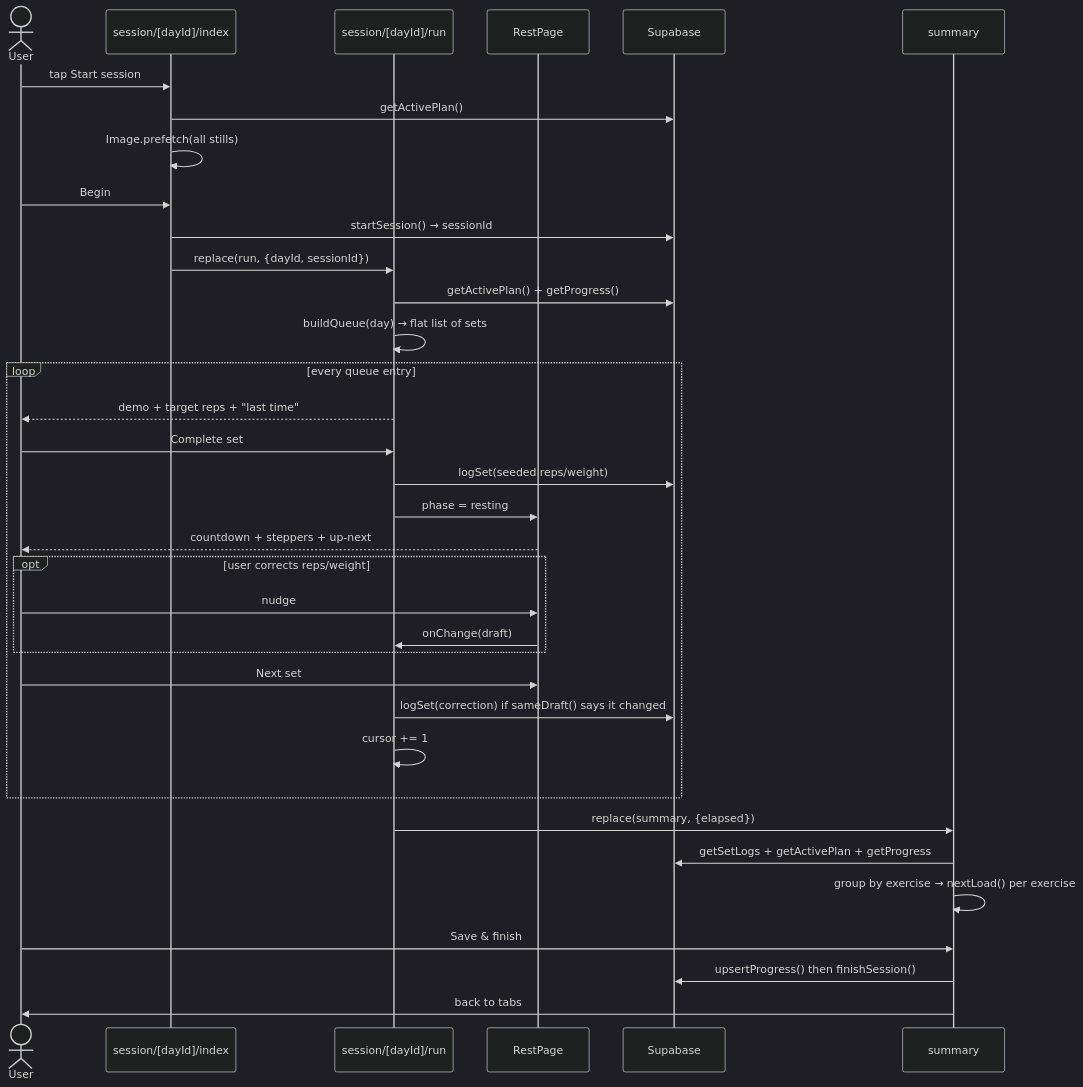
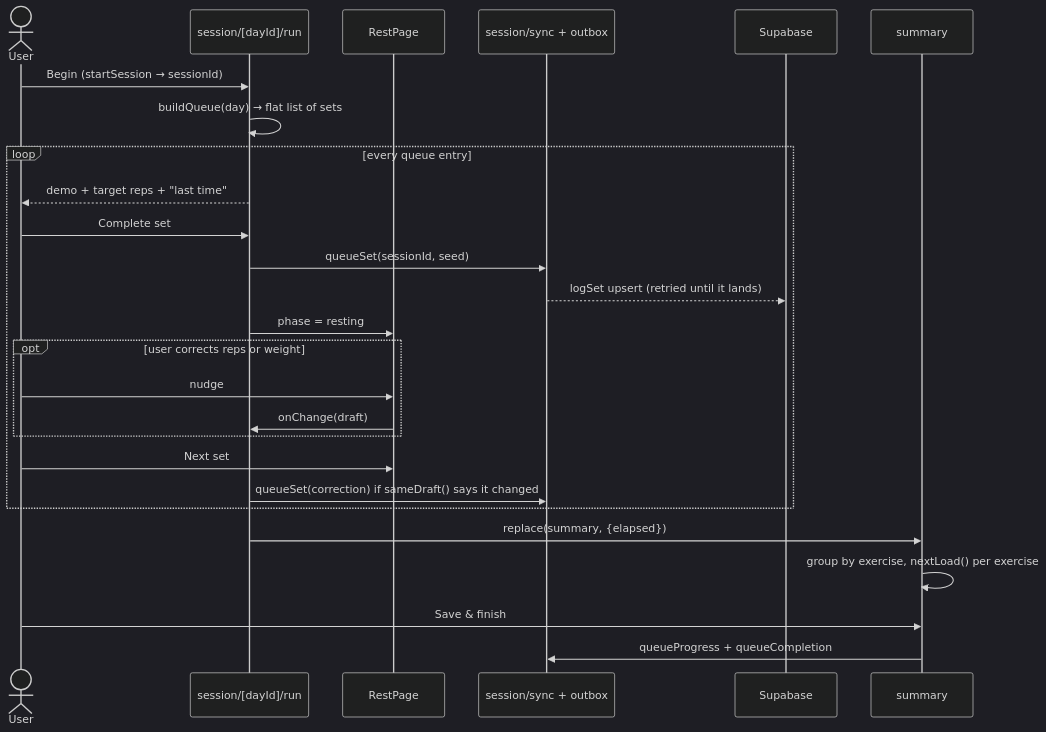
Before and after one commit to mateosauton/personal-trainer: the third of 7 diagrams in docs/ENGINEERING_HANDOFF.md, drawn with Mermaid (dark theme). The commit also changed other lines of this file and 1 other file, not shown here.

````diff
--- a/docs/ENGINEERING_HANDOFF.md
+++ b/docs/ENGINEERING_HANDOFF.md
@@ -380,41 +371,32 @@
 ```mermaid
 sequenceDiagram
     actor U as User
-    participant Ov as session/[dayId]/index
     participant Run as session/[dayId]/run
     participant Rest as RestPage
+    participant OB as session/sync + outbox
     participant DB as Supabase
     participant Sum as summary
 
-    U->>Ov: tap Start session
-    Ov->>DB: getActivePlan()
-    Ov->>Ov: Image.prefetch(all stills)
-    U->>Ov: Begin
-    Ov->>DB: startSession() → sessionId
-    Ov->>Run: replace(run, {dayId, sessionId})
-    Run->>DB: getActivePlan() + getProgress()
+    U->>Run: Begin (startSession → sessionId)
     Run->>Run: buildQueue(day) → flat list of sets
 
     loop every queue entry
         Run-->>U: demo + target reps + "last time"
         U->>Run: Complete set
-        %% the seeded row is written here, before the user confirms anything
-        Run->>DB: logSet(seeded reps/weight)
+        %% seeded from last session, written immediately, corrected during rest
+        Run->>OB: queueSet(sessionId, seed)
+        OB-->>DB: logSet upsert (retried until it lands)
         Run->>Rest: phase = resting
-        Rest-->>U: countdown + steppers + up-next
-        opt user corrects reps/weight
+        opt user corrects reps or weight
             U->>Rest: nudge
             Rest->>Run: onChange(draft)
         end
         U->>Rest: Next set
-        Run->>DB: logSet(correction) if sameDraft() says it changed
-        Run->>Run: cursor += 1
+        Run->>OB: queueSet(correction) if sameDraft() says it changed
     end
 
     Run->>Sum: replace(summary, {elapsed})
-    Sum->>DB: getSetLogs + getActivePlan + getProgress
-    Sum->>Sum: group by exercise → nextLoad() per exercise
+    Sum->>Sum: group by exercise, nextLoad() per exercise
     U->>Sum: Save & finish
-    Sum->>DB: upsertProgress() then finishSession()
-    Sum->>U: back to tabs
+    Sum->>OB: queueProgress + queueCompletion
 ```
````
